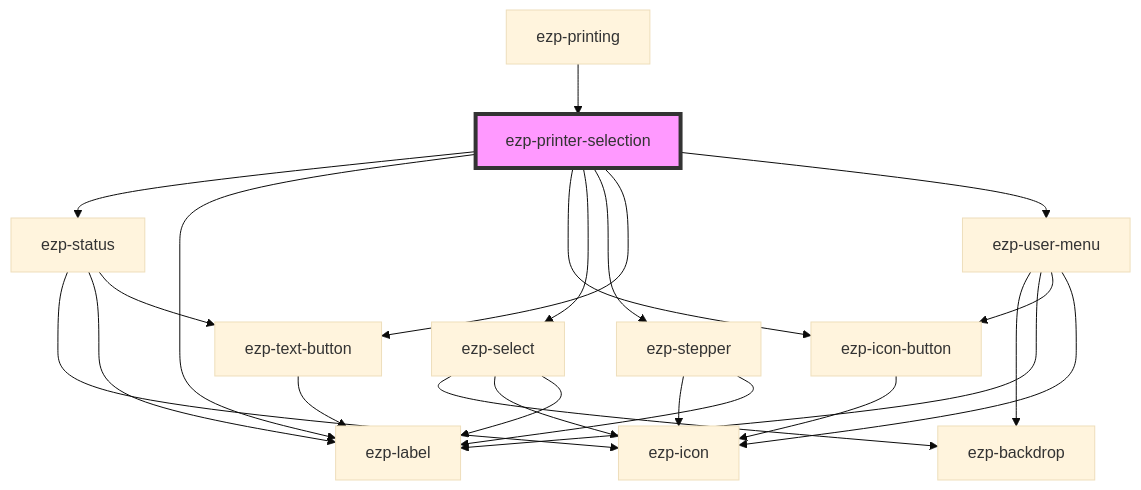
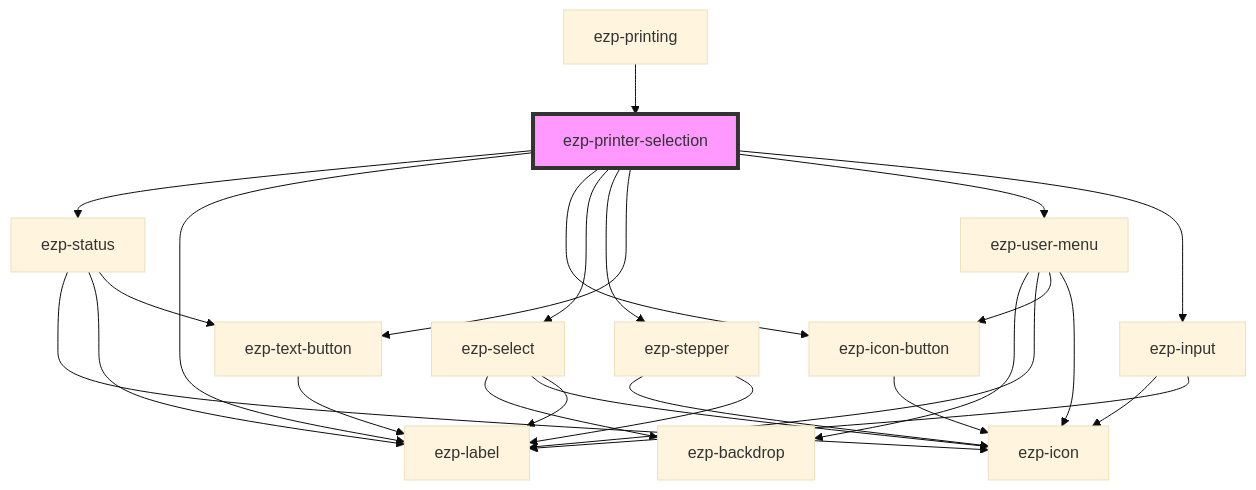
The diagram in src/components/ezp-printer-selection/readme.md (ezeep/ezeep-js), drawn with Mermaid (base theme) before and after one commit. The commit also changed 4 other files, not shown here.

Commit message:
docs updated for ezp-input component

````diff
--- a/src/components/ezp-printer-selection/readme.md
+++ b/src/components/ezp-printer-selection/readme.md
@@ -45,26 +45,29 @@
 ```mermaid
 graph TD;
   ezp-printer-selection --> ezp-status
   ezp-printer-selection --> ezp-label
   ezp-printer-selection --> ezp-icon-button
   ezp-printer-selection --> ezp-select
   ezp-printer-selection --> ezp-stepper
   ezp-printer-selection --> ezp-text-button
   ezp-printer-selection --> ezp-user-menu
+   ezp-printer-selection --> ezp-input
   ezp-status --> ezp-icon
   ezp-status --> ezp-label
   ezp-status --> ezp-text-button
   ezp-text-button --> ezp-label
   ezp-icon-button --> ezp-icon
   ezp-select --> ezp-backdrop
   ezp-select --> ezp-icon
   ezp-select --> ezp-label
   ezp-stepper --> ezp-icon
   ezp-stepper --> ezp-label
   ezp-user-menu --> ezp-backdrop
   ezp-user-menu --> ezp-label
   ezp-user-menu --> ezp-icon-button
   ezp-user-menu --> ezp-icon
+  ezp-input --> ezp-icon
+  ezp-input --> ezp-label
   ezp-printing --> ezp-printer-selection
   style ezp-printer-selection fill:#f9f,stroke:#333,stroke-width:4px
 ```
````
